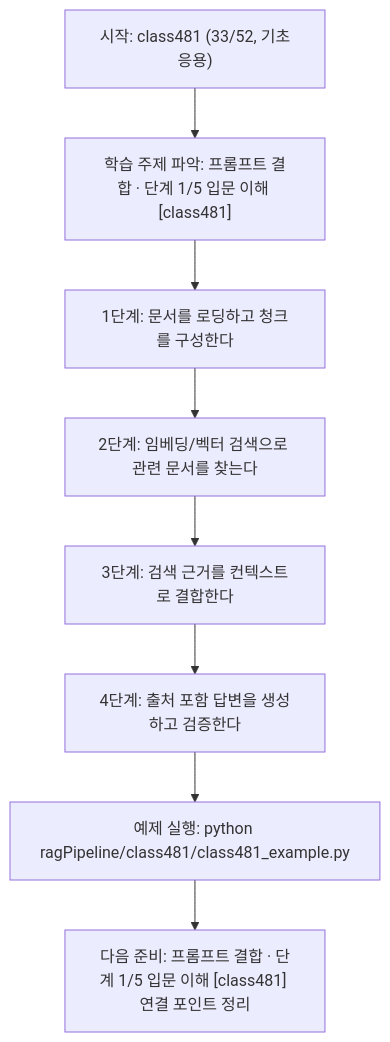
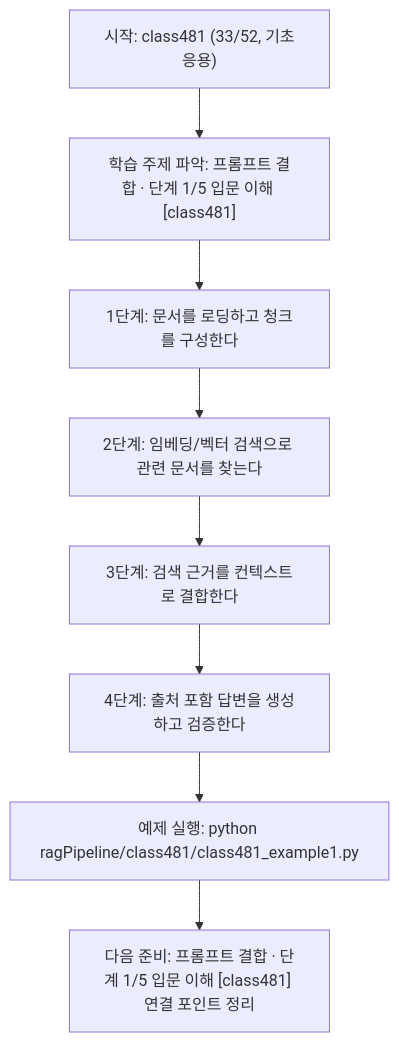
One commit to edumgt/Python-AI_Agent-Class changed the diagram in ragPipeline/class481/class481.md. Above: the diagram before and after it, drawn with Mermaid. The commit also changed other lines of this file and 2959 other files, not shown here.

````diff
--- a/ragPipeline/class481/class481.md
+++ b/ragPipeline/class481/class481.md
@@ -110,18 +110,18 @@
 ```mermaid
 flowchart TD
 N1["시작: class481 (33/52, 기초응용)"]
 N2["학습 주제 파악: 프롬프트 결합 · 단계 1/5 입문 이해 [class481]"]
 N3["1단계: 문서를 로딩하고 청크를 구성한다"]
 N4["2단계: 임베딩/벡터 검색으로 관련 문서를 찾는다"]
 N5["3단계: 검색 근거를 컨텍스트로 결합한다"]
 N6["4단계: 출처 포함 답변을 생성하고 검증한다"]
-N7["예제 실행: python ragPipeline/class481/class481_example.py"]
+N7["예제 실행: python ragPipeline/class481/class481_example1.py"]
 N8["다음 준비: 프롬프트 결합 · 단계 1/5 입문 이해 [class481] 연결 포인트 정리"]
 N1 --> N2
 N2 --> N3
 N3 --> N4
 N4 --> N5
 N5 --> N6
 N6 --> N7
 N7 --> N8
 ```
````
